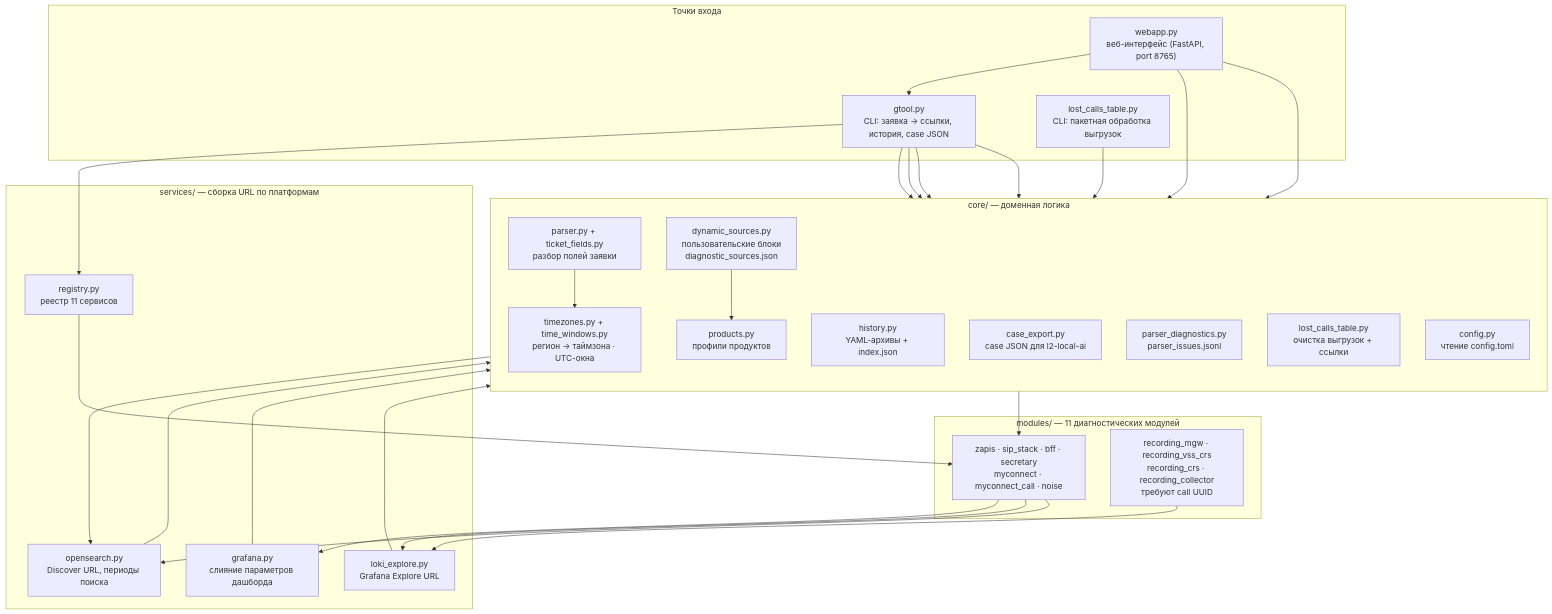
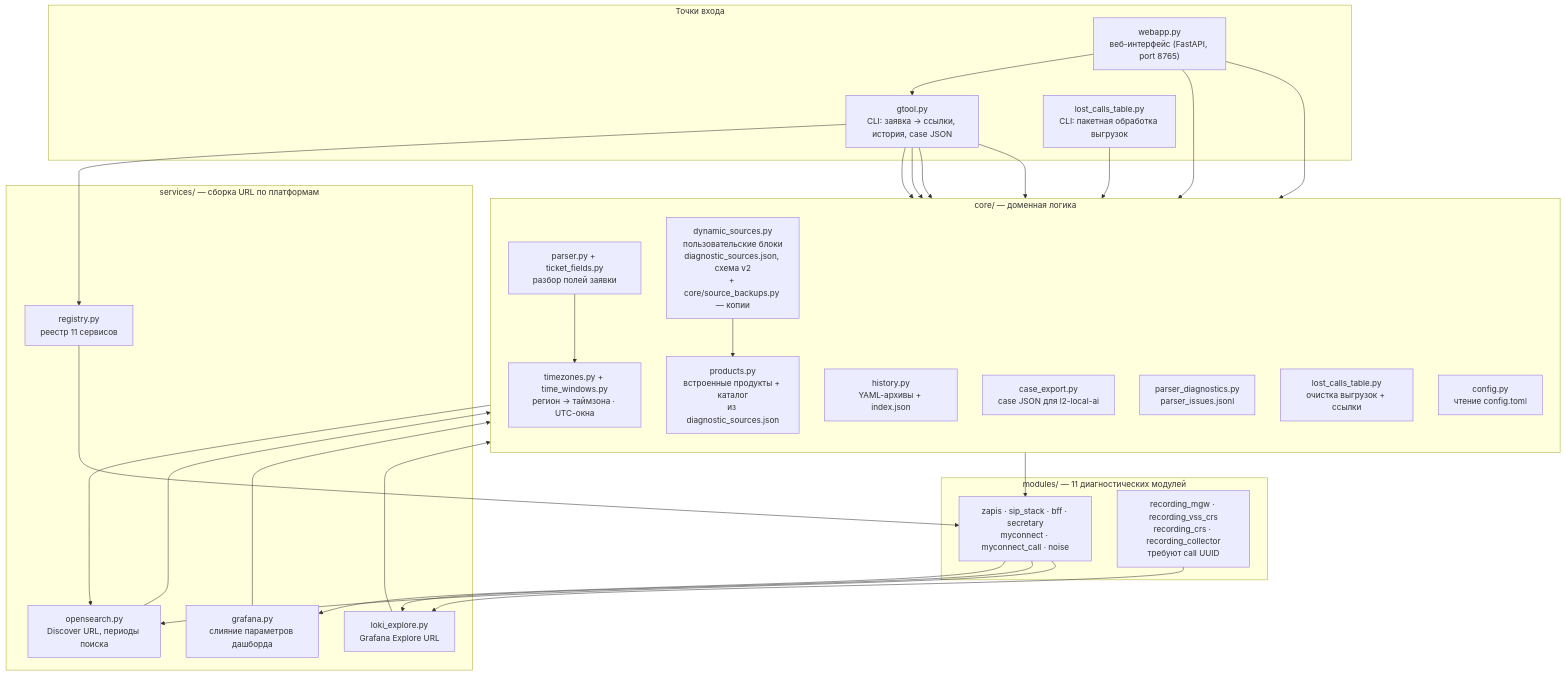
The second of 11 diagrams in docs/ARCHITECTURE.md (shifter1710/l2tool), drawn with Mermaid before and after one commit. The commit also changed other lines of this file and 15 other files, not shown here.

````diff
--- a/docs/ARCHITECTURE.md
+++ b/docs/ARCHITECTURE.md
@@ -50,55 +50,55 @@
 ```mermaid
 flowchart TB
     subgraph entries["Точки входа"]
         webapp["webapp.py<br/>веб-интерфейс (FastAPI, port 8765)"]
         gtool["gtool.py<br/>CLI: заявка → ссылки, история, case JSON"]
         lostcli["lost_calls_table.py<br/>CLI: пакетная обработка выгрузок"]
     end
 
     subgraph core["core/ — доменная логика"]
         direction TB
         parser["parser.py + ticket_fields.py<br/>разбор полей заявки"]
         timetz["timezones.py + time_windows.py<br/>регион → таймзона · UTC-окна"]
-        products["products.py<br/>профили продуктов"]
-        dynamic["dynamic_sources.py<br/>пользовательские блоки<br/>diagnostic_sources.json"]
+        products["products.py<br/>встроенные продукты + каталог<br/>из diagnostic_sources.json"]
+        dynamic["dynamic_sources.py<br/>пользовательские блоки<br/>diagnostic_sources.json, схема v2<br/>+ core/source_backups.py — копии"]
         history["history.py<br/>YAML-архивы + index.json"]
         caseexp["case_export.py<br/>case JSON для l2-local-ai"]
         pdiag["parser_diagnostics.py<br/>parser_issues.jsonl"]
         lostcore["lost_calls_table.py<br/>очистка выгрузок + ссылки"]
         config["config.py<br/>чтение config.toml"]
     end
 
     subgraph services["services/ — сборка URL по платформам"]
         registry["registry.py<br/>реестр 11 сервисов"]
         grafanaurl["grafana.py<br/>слияние параметров дашборда"]
         lokiurl["loki_explore.py<br/>Grafana Explore URL"]
         osurl["opensearch.py<br/>Discover URL, периоды поиска"]
     end
 
     subgraph modules["modules/ — 11 диагностических модулей"]
         primary["zapis · sip_stack · bff · secretary<br/>myconnect · myconnect_call · noise"]
         recording["recording_mgw · recording_vss_crs<br/>recording_crs · recording_collector<br/>требуют call UUID"]
     end
 
     webapp --> gtool
     webapp --> dynamic
     webapp --> lostcore
     gtool --> parser
     gtool --> history
     gtool --> caseexp
     gtool --> pdiag
     gtool --> registry
     lostcli --> lostcore
     parser --> timetz
     dynamic --> products
     dynamic --> osurl
     registry --> primary
     primary --> grafanaurl
     primary --> lokiurl
     primary --> osurl
     recording --> lokiurl
     lokiurl --> config
     osurl --> config
     grafanaurl --> config
     lostcore --> primary
 ```
````
